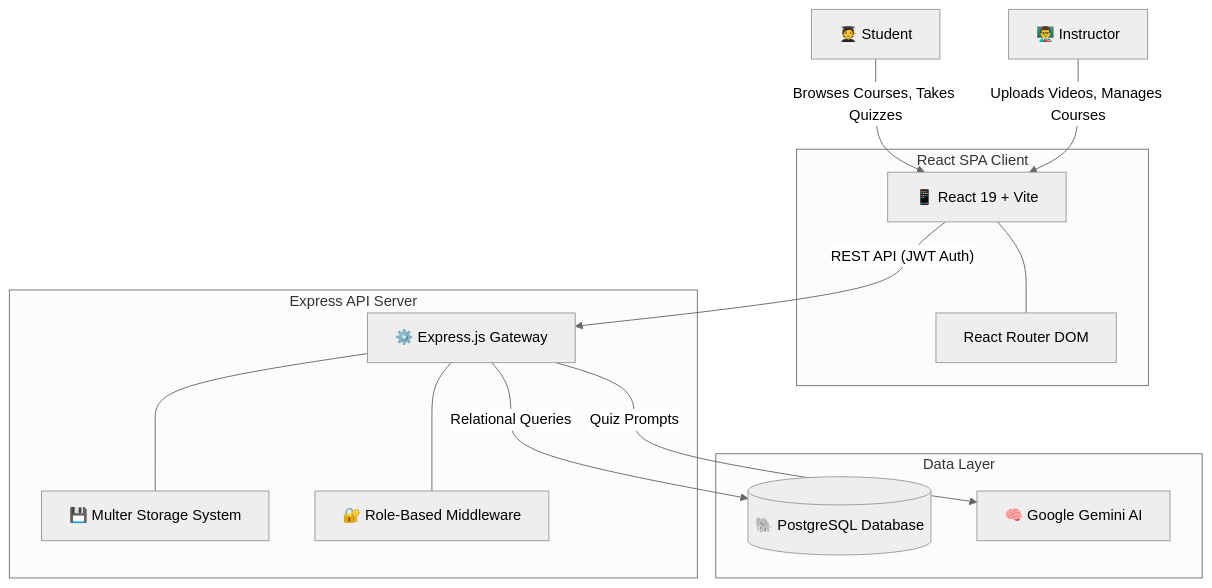
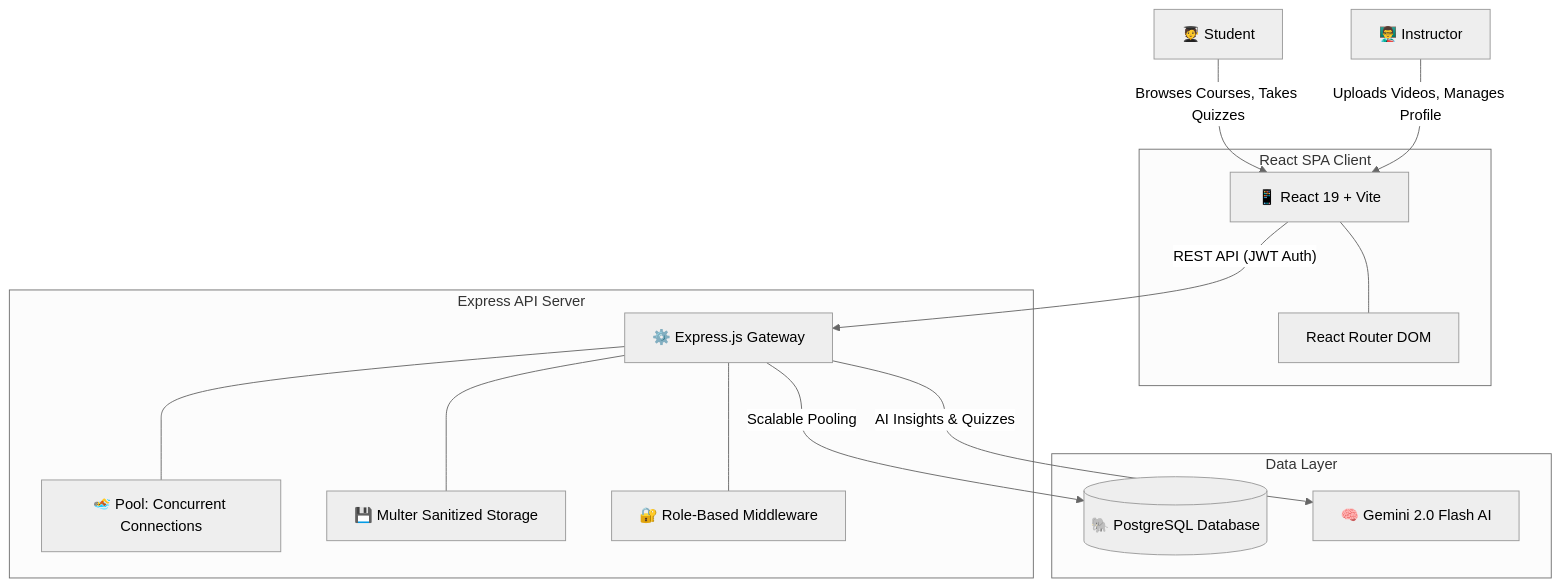
Before and after one commit to divyanshsing-ds/LMS_project1: the first of 2 diagrams in README.md, drawn with Mermaid (neutral theme). The commit also changed other lines of this file and 31 other files, not shown here.

````diff
--- a/README.md
+++ b/README.md
@@ -9,35 +9,37 @@
 ```mermaid
 graph TD
     %% Roles
     Student[🧑‍🎓 Student] -->|Browses Courses, Takes Quizzes| ReactApp
-    Instructor[👨‍🏫 Instructor] -->|Uploads Videos, Manages Courses| ReactApp
+    Instructor[👨‍🏫 Instructor] -->|Uploads Videos, Manages Profile| ReactApp
 
     %% Frontend
     subgraph Frontend [React SPA Client]
         ReactApp[📱 React 19 + Vite]
         Router[React Router DOM]
         ReactApp --- Router
     end
 
     %% API Layer
     ReactApp -- REST API (JWT Auth) --> NodeServer
 
     %% Backend Server
     subgraph Backend [Express API Server]
         NodeServer[⚙️ Express.js Gateway]
-        Multer[💾 Multer Storage System]
+        Pool[🏊 Pool: Concurrent Connections]
+        Multer[💾 Multer Sanitized Storage]
         AuthGuard[🔐 Role-Based Middleware]
         NodeServer --- AuthGuard
+        NodeServer --- Pool
         NodeServer --- Multer
     end
 
     %% External & Persistence Layer
     subgraph Data Layer
         Postgres[(🐘 PostgreSQL Database)]
-        Gemini[🧠 Google Gemini AI]
+        Gemini[🧠 Gemini 2.0 Flash AI]
     end
 
     %% Backend Connections
-    NodeServer -- Relational Queries --> Postgres
-    NodeServer -- Quiz Prompts --> Gemini
+    NodeServer -- Scalable Pooling --> Postgres
+    NodeServer -- AI Insights & Quizzes --> Gemini
 ```
````
